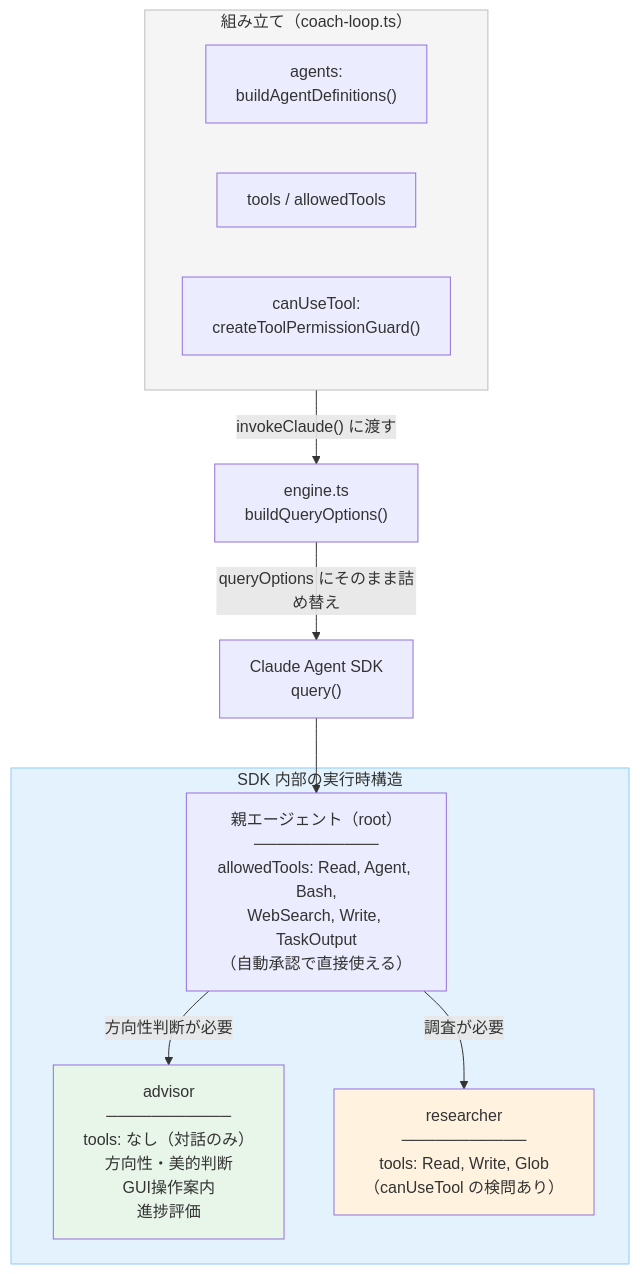
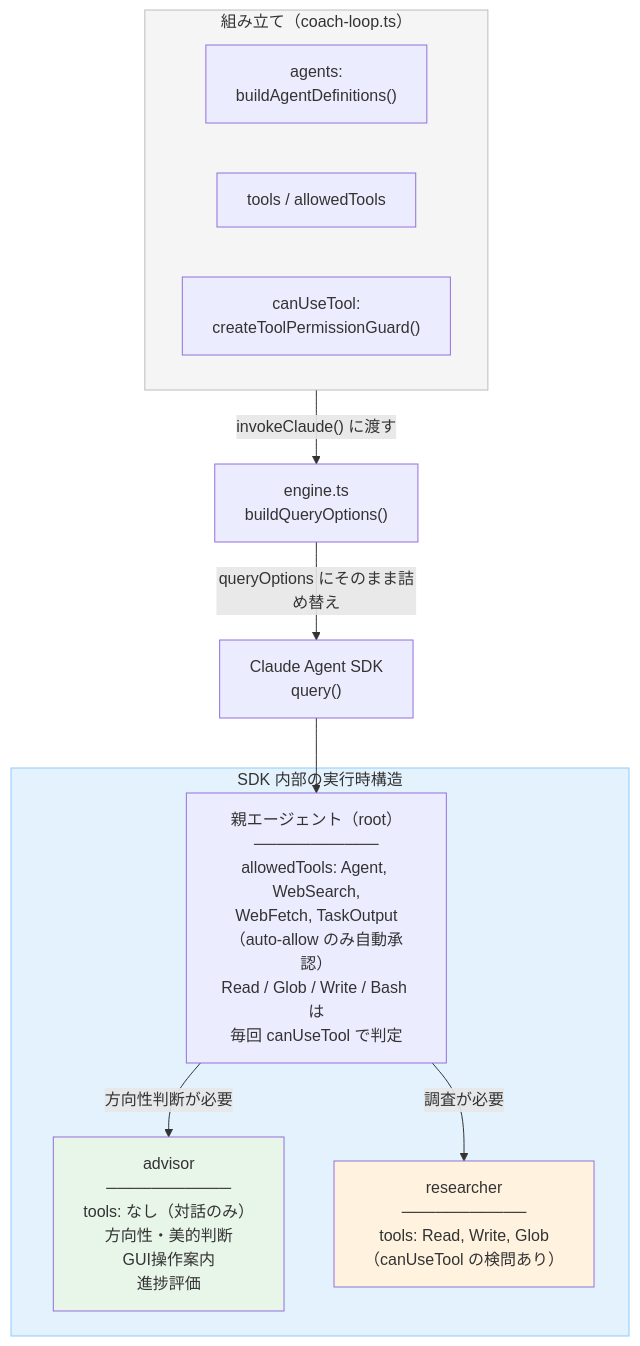
Before and after one commit to yukaorange/dcc_suport: diagram 16 of 30 in docs/architecture.md, drawn with Mermaid. The commit also changed other lines of this file and 12 other files, not shown here.

Commit message:
chore(docs): アーキテクチャ図の更新とIllustrator/Photoshopスキルの追加

````diff
--- a/docs/architecture.md
+++ b/docs/architecture.md
@@ -473,27 +482,27 @@
 ```mermaid
 flowchart TD
     subgraph assembly ["組み立て（coach-loop.ts）"]
         direction LR
         A1["agents:<br>buildAgentDefinitions()"]
         A2["tools / allowedTools"]
         A3["canUseTool:<br>createToolPermissionGuard()"]
     end
 
     assembly -->|"invokeClaude() に渡す"| Engine["engine.ts<br>buildQueryOptions()"]
     Engine -->|"queryOptions にそのまま詰め替え"| SDK["Claude Agent SDK<br>query()"]
 
     SDK --> Parent
 
     subgraph runtime ["SDK 内部の実行時構造"]
-        Parent["親エージェント（root）<br>───────────<br>allowedTools: Read, Agent, Bash,<br>WebSearch, Write, TaskOutput<br>（自動承認で直接使える）"]
+        Parent["親エージェント（root）<br>───────────<br>allowedTools: Agent, WebSearch,<br>WebFetch, TaskOutput<br>（auto-allow のみ自動承認）<br>Read / Glob / Write / Bash は<br>毎回 canUseTool で判定"]
 
         Parent -->|"方向性判断が必要"| Advisor["advisor<br>───────────<br>tools: なし（対話のみ）<br>方向性・美的判断<br>GUI操作案内<br>進捗評価"]
 
         Parent -->|"調査が必要"| Researcher["researcher<br>───────────<br>tools: Read, Write, Glob<br>（canUseTool の検問あり）"]
     end
 
     style assembly fill:#f5f5f5,stroke:#bdbdbd
     style runtime fill:#e3f2fd,stroke:#90caf9
     style Advisor fill:#e8f5e9
     style Researcher fill:#fff3e0
 ```
````
